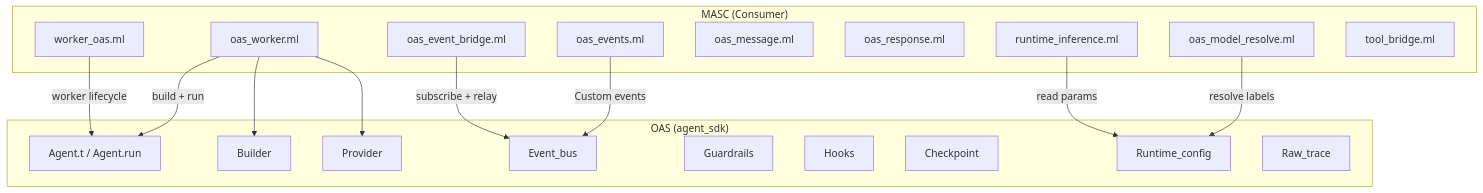
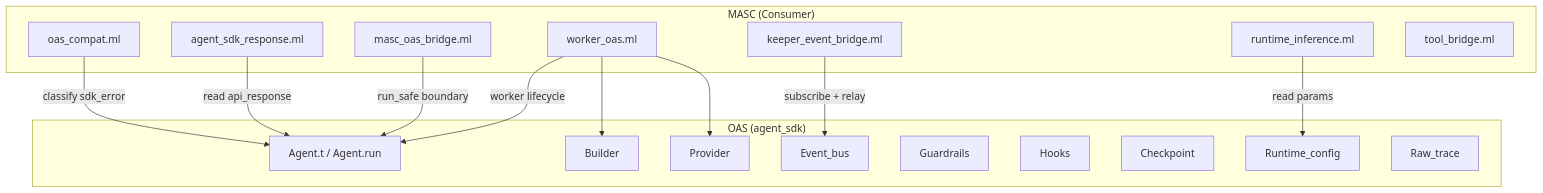
One commit to jeong-sik/masc changed the diagram in docs/spec/13-oas-integration.md. Above: the diagram before and after it, drawn with Mermaid. The commit also changed other lines of this file and 13 other files, not shown here.

````diff
--- a/docs/spec/13-oas-integration.md
+++ b/docs/spec/13-oas-integration.md
@@ -52,33 +56,31 @@
 ```mermaid
 graph TB
   subgraph "MASC (Consumer)"
-    OW[oas_worker.ml]
     WO[worker_oas.ml]
-    OE[oas_events.ml]
-    OSB[oas_event_bridge.ml]
-    OM[oas_message.ml]
-    OR[oas_response.ml]
-    OMR[oas_model_resolve.ml]
+    KEB[keeper_event_bridge.ml]
+    ASR[agent_sdk_response.ml]
+    MOB[masc_oas_bridge.ml]
+    OC[oas_compat.ml]
     CI[runtime_inference.ml]
     TB[tool_bridge.ml]
   end
   subgraph "OAS (agent_sdk)"
     AG[Agent.t / Agent.run]
     BU[Builder]
     PR[Provider]
     EB[Event_bus]
     GR[Guardrails]
     HK[Hooks]
     CK[Checkpoint]
     CC2[Runtime_config]
     RT[Raw_trace]
   end
-  OW -->|"build + run"| AG
-  OW --> BU
-  OW --> PR
   WO -->|"worker lifecycle"| AG
-  OE -->|"Custom events"| EB
-  OSB -->|"subscribe + relay"| EB
-  OMR -->|"resolve labels"| CC2
+  WO --> BU
+  WO --> PR
+  MOB -->|"run_safe boundary"| AG
+  KEB -->|"subscribe + relay"| EB
+  ASR -->|"read api_response"| AG
+  OC -->|"classify sdk_error"| AG
   CI -->|"read params"| CC2
 ```
````
